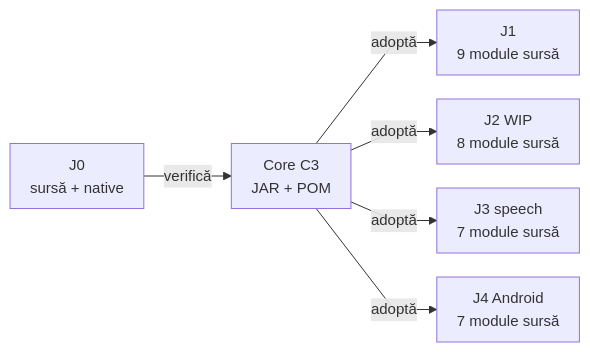
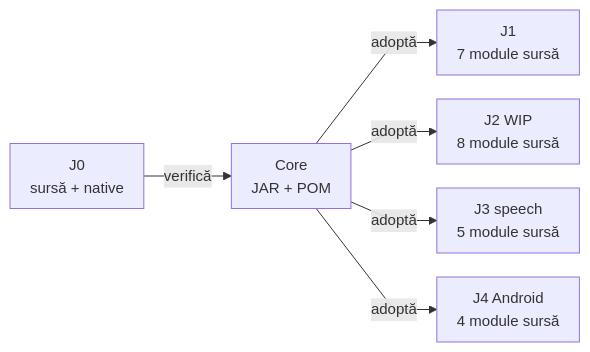
The diagram in docs/ATF_Core_Consumer.md (crististefanita/atf_j2), drawn with Mermaid before and after one commit. The commit also changed other lines of this file and 75 other files, not shown here.

````diff
--- a/docs/ATF_Core_Consumer.md
+++ b/docs/ATF_Core_Consumer.md
@@ -57,9 +57,9 @@
 ```mermaid
 %%{init: {"themeVariables":{"fontSize":"15px"},"themeCSS":".nodeLabel, .nodeLabel p { font-size: 15px !important; line-height: 1.35 !important; } .edgeLabel, .edgeLabel p { font-size: 12px !important; font-weight: 400 !important; line-height: 1.2 !important; } .edgeLabel .labelBkg, .edgeLabel p { background: transparent !important; } .edgeLabel foreignObject { transform: translateY(-18px); overflow: visible; } .node rect { rx: 6px; ry: 6px; }","flowchart":{"curve":"linear","nodeSpacing":24,"rankSpacing":40,"padding":10,"diagramPadding":16}}}%%
 flowchart LR
-    Owner["J0<br/>sursă + native"] -->|verifică| Binary["Core C3<br/>JAR + POM"]
-    Binary -->|adoptă| J1["J1<br/>9 module sursă"]
+    Owner["J0<br/>sursă + native"] -->|verifică| Binary["Core<br/>JAR + POM"]
+    Binary -->|adoptă| J1["J1<br/>7 module sursă"]
     Binary -->|adoptă| J2["J2 WIP<br/>8 module sursă"]
-    Binary -->|adoptă| J3["J3 speech<br/>7 module sursă"]
-    Binary -->|adoptă| J4["J4 Android<br/>7 module sursă"]
+    Binary -->|adoptă| J3["J3 speech<br/>5 module sursă"]
+    Binary -->|adoptă| J4["J4 Android<br/>4 module sursă"]
 ```
````
